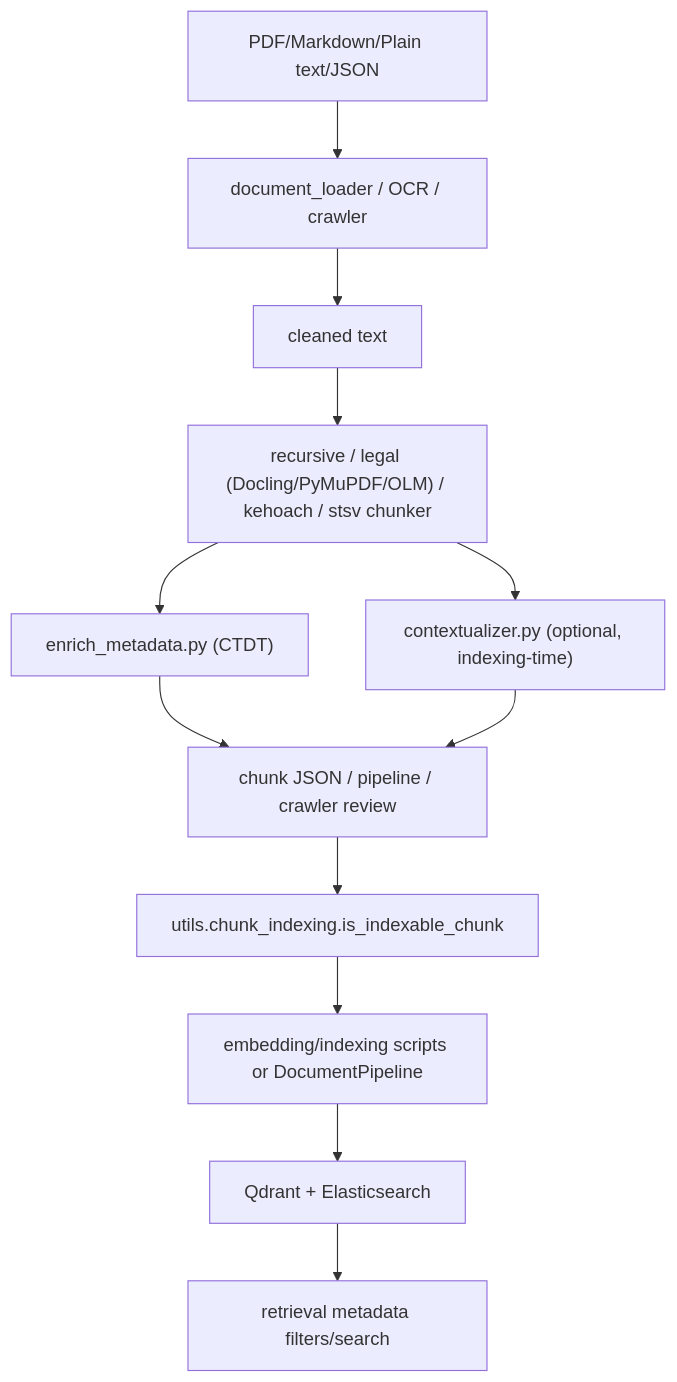
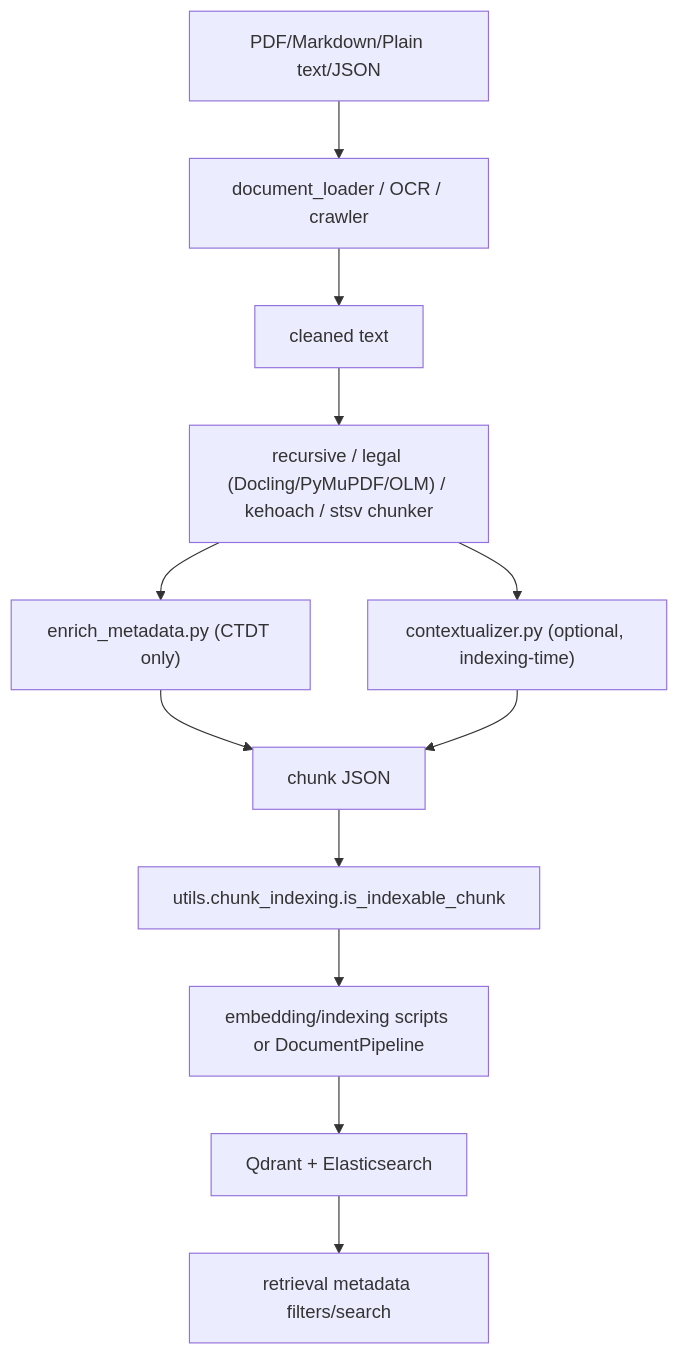
Before and after one commit to hoainam183/GR: the diagram in src/RAG_v2/chunking/MODULE.md, drawn with Mermaid. The commit also changed other lines of this file and 38 other files, not shown here.

````diff
--- a/src/RAG_v2/chunking/MODULE.md
+++ b/src/RAG_v2/chunking/MODULE.md
@@ -86,14 +173,14 @@
 ```mermaid
 flowchart TD
   Source["PDF/Markdown/Plain text/JSON"] --> Loader["document_loader / OCR / crawler"]
   Loader --> Clean["cleaned text"]
   Clean --> Strategy["recursive / legal (Docling/PyMuPDF/OLM) / kehoach / stsv chunker"]
-  Strategy --> Meta["enrich_metadata.py (CTDT)"]
+  Strategy --> Meta["enrich_metadata.py (CTDT only)"]
   Strategy --> Ctx["contextualizer.py (optional, indexing-time)"]
-  Meta --> Out["chunk JSON / pipeline / crawler review"]
+  Meta --> Out["chunk JSON"]
   Ctx --> Out
   Out --> Policy["utils.chunk_indexing.is_indexable_chunk"]
   Policy --> Indexers["embedding/indexing scripts or DocumentPipeline"]
   Indexers --> Stores["Qdrant + Elasticsearch"]
   Stores --> Runtime["retrieval metadata filters/search"]
 ```
````
